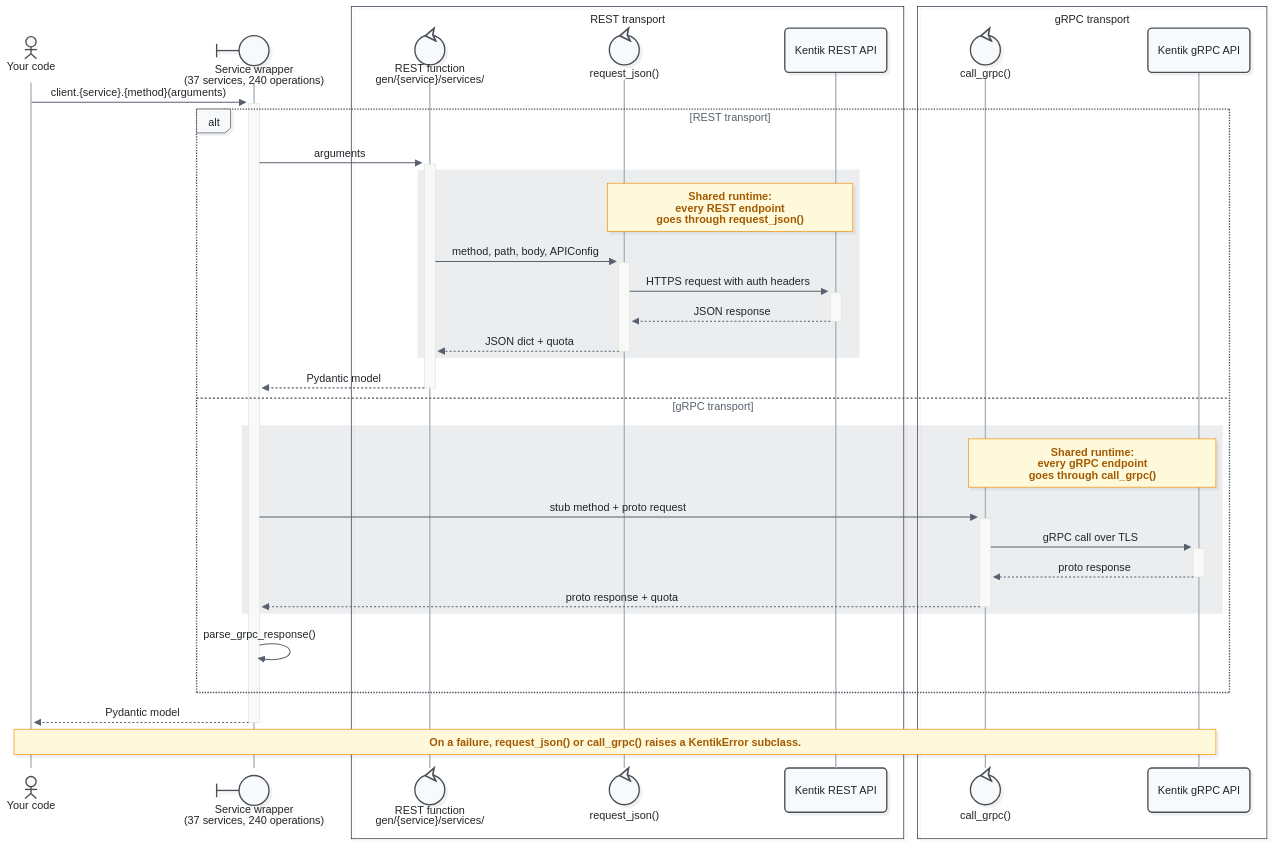
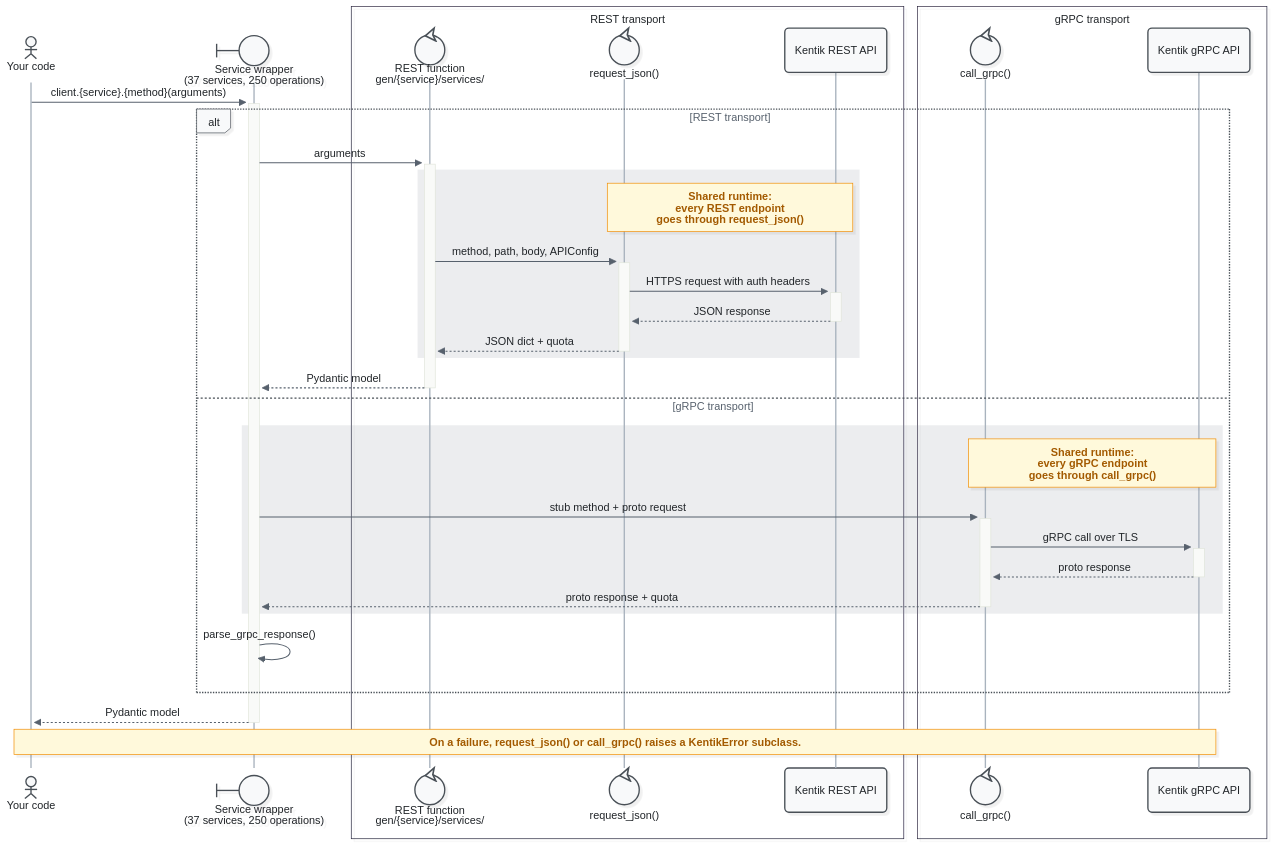
One commit to alexdearaujo/community_sdk_python changed the diagram in docs/sphinx/sdk_runtime_architecture.md. Above: the diagram before and after it, drawn with Mermaid. The commit also changed other lines of this file and 160 other files, not shown here.

First line of the commit message:
chore: sync schema to 5d1d2fa

````diff
--- a/docs/sphinx/sdk_runtime_architecture.md
+++ b/docs/sphinx/sdk_runtime_architecture.md
@@ -19,39 +19,39 @@
 ```mermaid
 %%{init: {"theme": "redux", "look": "neo", "layout": "elk", "fontFamily": "ui-monospace, SFMono-Regular, Menlo, monospace", "themeVariables": {"fontFamily": "ui-monospace, SFMono-Regular, Menlo, monospace", "primaryColor": "#f8f9fa", "primaryBorderColor": "#495057", "primaryTextColor": "#212529", "textColor": "#212529", "lineColor": "#77818c", "edgeLabelBackground": "#ffffff", "actorBkg": "#f8f9fa", "actorBorder": "#495057", "actorTextColor": "#212529", "actorLineColor": "#a9b3be", "signalColor": "#57616d", "signalTextColor": "#212529", "labelBoxBkgColor": "#f8f9fa", "labelBoxBorderColor": "#495057", "labelTextColor": "#212529", "loopTextColor": "#57616d", "noteBkgColor": "#fff9db", "noteBorderColor": "#f08c00", "noteTextColor": "#a35a00"}, "sequence": {"activationWidth": 16}, "flowchart": {"curve": "basis", "nodeSpacing": 30, "rankSpacing": 70, "wrappingWidth": 400}}}%%
 sequenceDiagram
     actor C as Your code
-    participant W@{ "type": "boundary" } as Service wrapper<br/>(37 services, 240 operations)
+    participant W@{ "type": "boundary" } as Service wrapper<br/>(37 services, 250 operations)
     box transparent REST transport
     participant R@{ "type": "control" } as REST function<br/>gen/{service}/services/
     participant RJ@{ "type": "control" } as request_json()
     participant RA as Kentik REST API
     end
     box transparent gRPC transport
     participant CG@{ "type": "control" } as call_grpc()
     participant GA as Kentik gRPC API
     end
 
     C->>+W: client.{service}.{method}(arguments)
     alt REST transport
         W->>+R: arguments
         rect rgba(120,130,140,0.14)
         Note over RJ,RA: Shared runtime:<br/>every REST endpoint<br/>goes through request_json()
         R->>+RJ: method, path, body, APIConfig
         RJ->>+RA: HTTPS request with auth headers
         RA-->>-RJ: JSON response
         RJ-->>-R: JSON dict + quota
         end
         R-->>-W: Pydantic model
     else gRPC transport
         rect rgba(120,130,140,0.14)
         Note over CG,GA: Shared runtime:<br/>every gRPC endpoint<br/>goes through call_grpc()
         W->>+CG: stub method + proto request
         CG->>+GA: gRPC call over TLS
         GA-->>-CG: proto response
         CG-->>-W: proto response + quota
         end
         W->>W: parse_grpc_response()
     end
     W-->>-C: Pydantic model
     Note over C,GA: On a failure, request_json() or call_grpc() raises a KentikError subclass.
 ```
````
